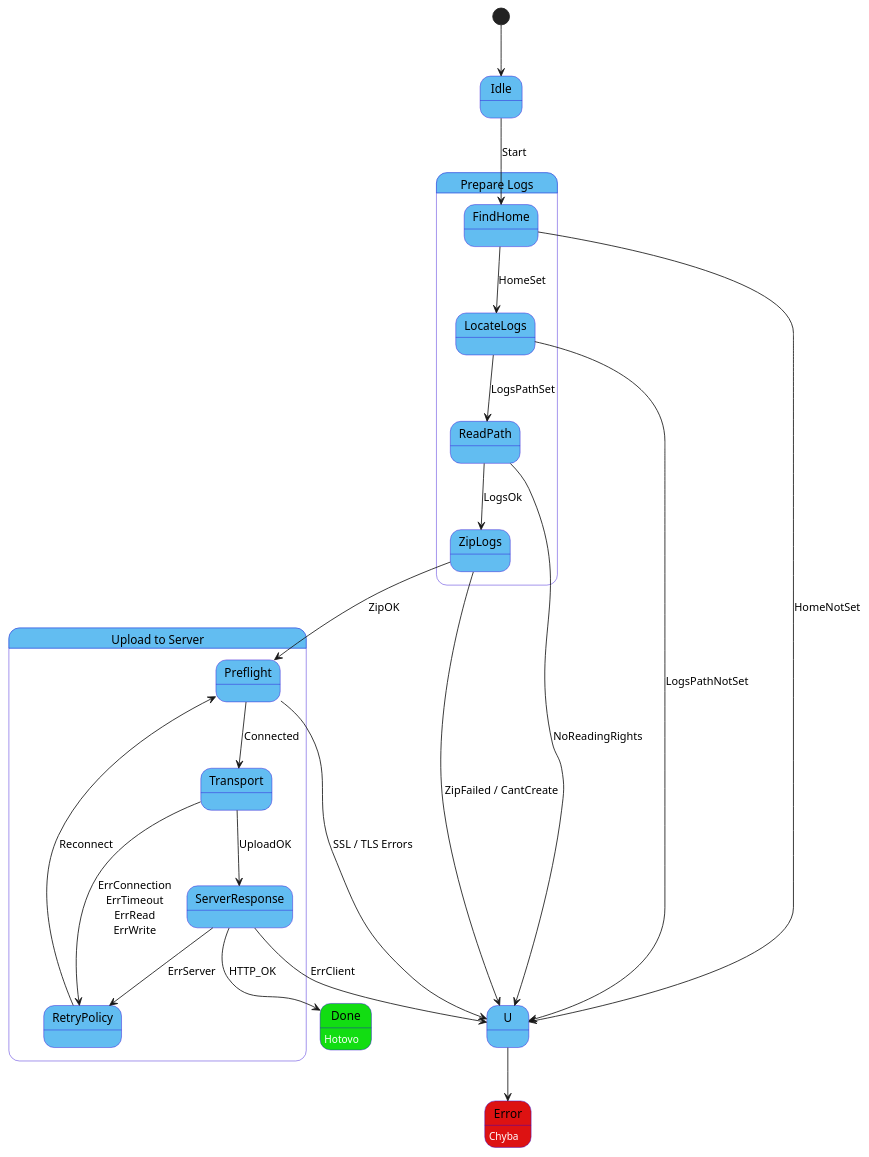
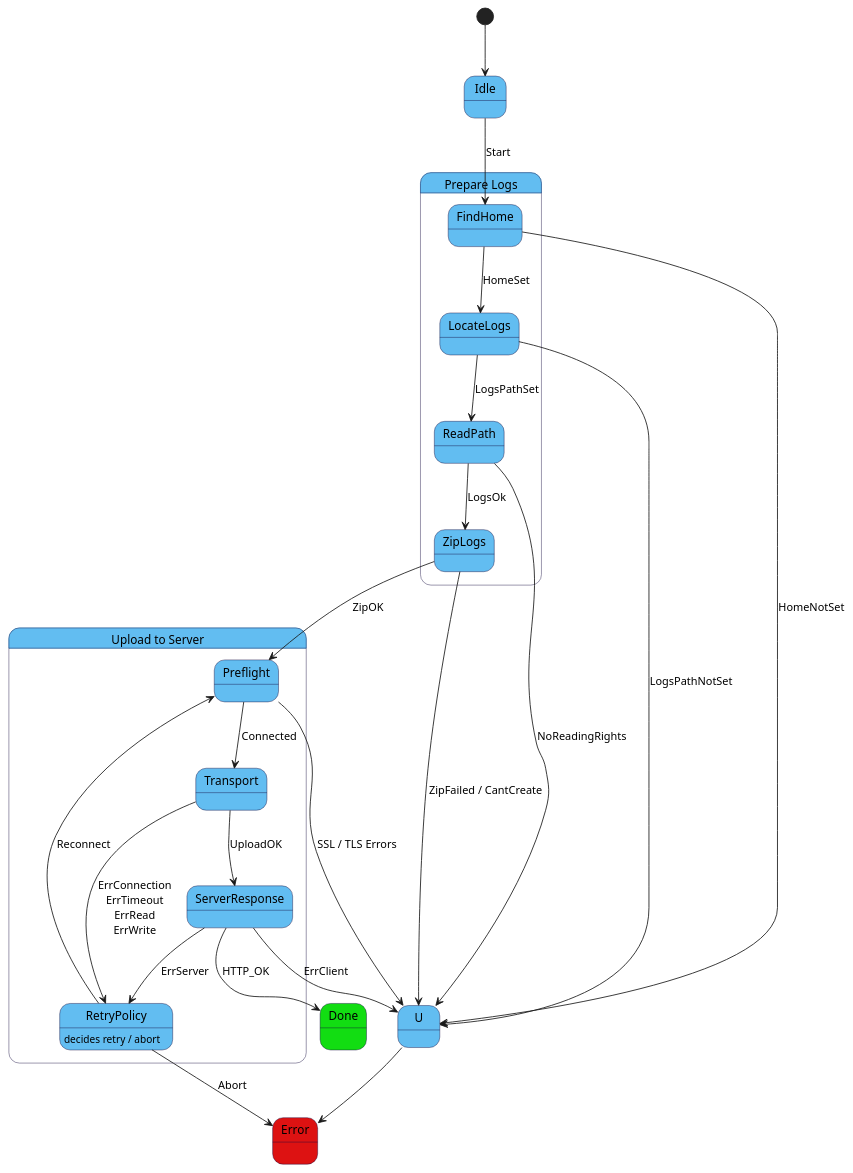
One commit to ma-kava/root changed the diagram in ADV_send_logs/README.md. Above: the diagram before and after it, drawn with PlantUML. The commit also changed other lines of this file and 12 other files, not shown here.

````diff
--- a/ADV_send_logs/README.md
+++ b/ADV_send_logs/README.md
@@ -180,62 +107,61 @@
 ```plantuml
 @startuml
 
 skinparam shadowing false
 skinparam StateBackgroundColor #62bdf1ff
-skinparam StateBorderColor #2700d3ff
-skinparam StateFontName Helvetica
+skinparam StateBorderColor #11083dff
 
-state Error #dd1212ff: <color:white>Chyba</color>
-state Done #12dd12ff: <color:white>Hotovo</color>
+state Error #dd1212ff:
+state Done #12dd12ff:
 
 ' Cluster 1
 state "Prepare Logs" as Preparation {
    state FindHome
    state LocateLogs
    state ReadPath
    state ZipLogs
    
    FindHome --> LocateLogs : HomeSet
    LocateLogs --> ReadPath : LogsPathSet
    ReadPath --> ZipLogs : LogsOk
 }
 
 ' Cluster 2
 state "Upload to Server" as Networking {
    state Preflight
    state Transport
-   state ServerResponse
-   state RetryPolicy
+   state ServerResponse 
+   state RetryPolicy : decides retry / abort
    
    Preflight --> Transport : Connected
    Transport --> ServerResponse : UploadOK
    
    ' Force directions
    Transport -down-> RetryPolicy : ErrConnection\nErrTimeout\nErrRead\nErrWrite
    ServerResponse -down-> RetryPolicy : ErrServer
    
    RetryPolicy -up-> Preflight : Reconnect
 }
 
 [*] --> Idle
 Idle --> FindHome : Start
 
 ' Connect clusters
 ZipLogs --> Preflight : ZipOK
 
 ' Success
 ServerResponse --> Done : HTTP_OK
 
 ' Error states
-' Používáme || pro sloučení šipek (PlantUML vylepšení)
 FindHome --> U : HomeNotSet
 LocateLogs --> U : LogsPathNotSet
 ReadPath --> U : NoReadingRights
 ZipLogs --> U : ZipFailed / CantCreate
 Preflight --> U : SSL / TLS Errors
 ServerResponse --> U : ErrClient
+RetryPolicy --> Error : Abort
 
 U --> Error
 
 @enduml
 ```
````
